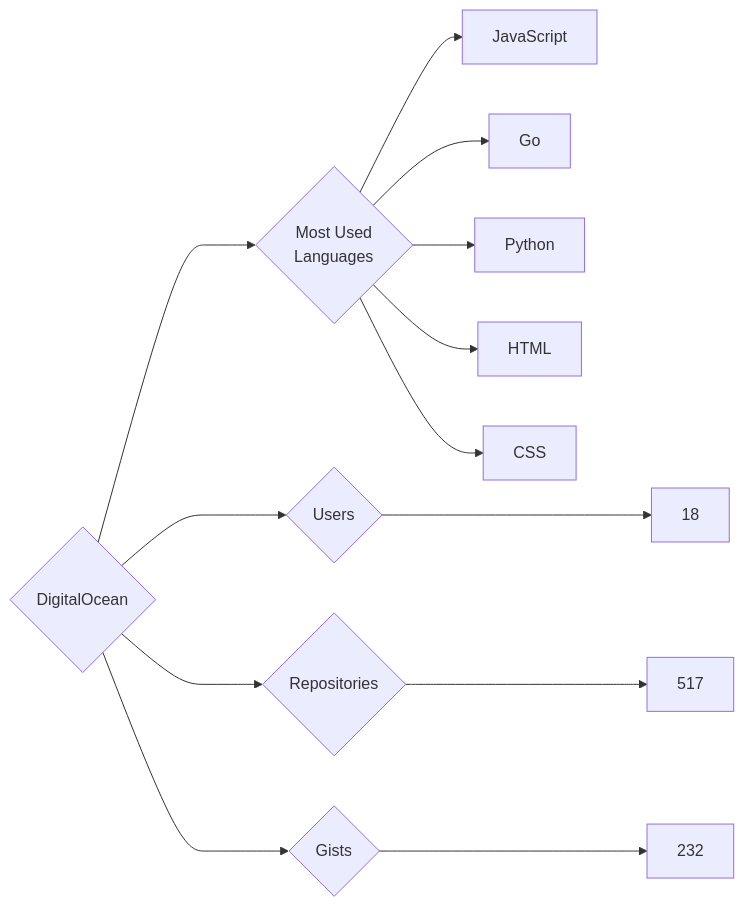
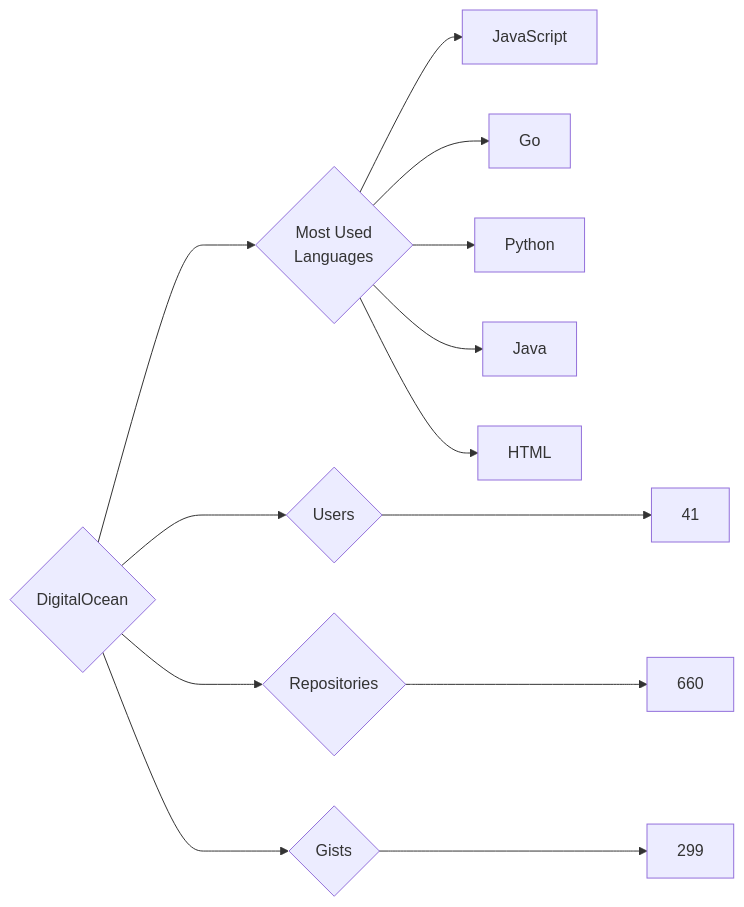
The diagram in targets/DigitalOcean/README.md (trickest/insiders), drawn with Mermaid before and after one commit. The commit also changed 782 other files, not shown here.

````diff
--- a/targets/DigitalOcean/README.md
+++ b/targets/DigitalOcean/README.md
@@ -3,13 +3,13 @@
 ```mermaid
 graph LR
 COMPANY_NAME{DigitalOcean}
-COMPANY_NAME ---> U{Users} ---> UN[18]
-COMPANY_NAME ---> R{Repositories} ---> RN[517]
-COMPANY_NAME ---> G{Gists} ---> GN[232]
+COMPANY_NAME ---> U{Users} ---> UN[41]
+COMPANY_NAME ---> R{Repositories} ---> RN[660]
+COMPANY_NAME ---> G{Gists} ---> GN[299]
 COMPANY_NAME ---> ML{Most Used<br>Languages}
 ML --> JavaScript[JavaScript]
 ML --> Go[Go]
 ML --> Python[Python]
+ML --> Java[Java]
 ML --> HTML[HTML]
-ML --> CSS[CSS]
 ```
````
